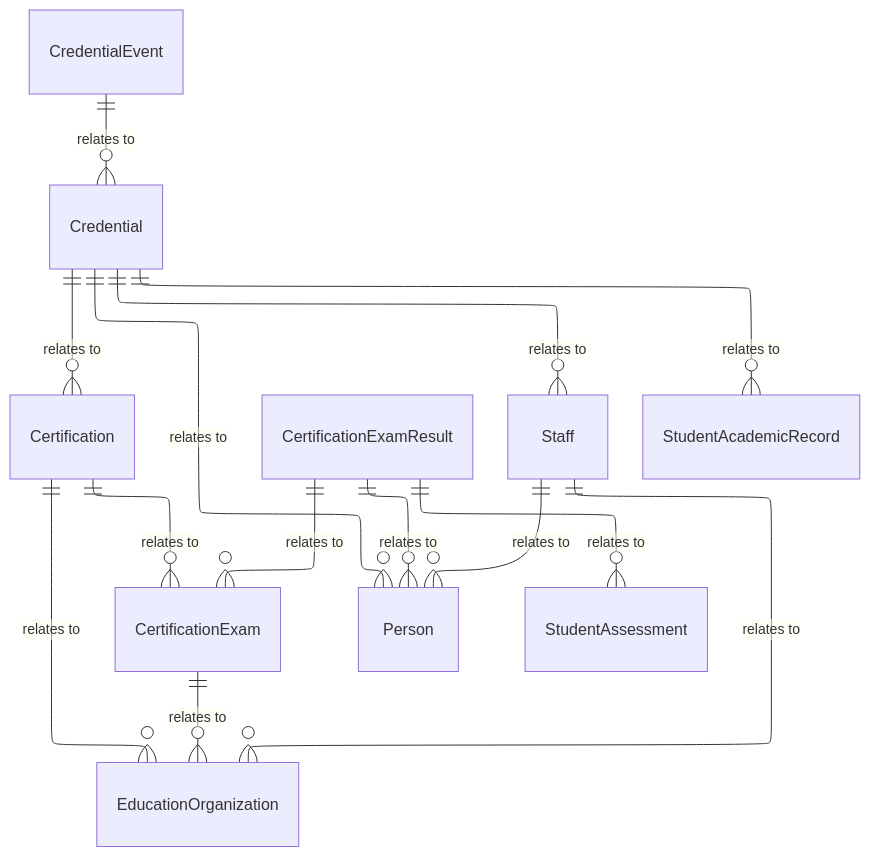
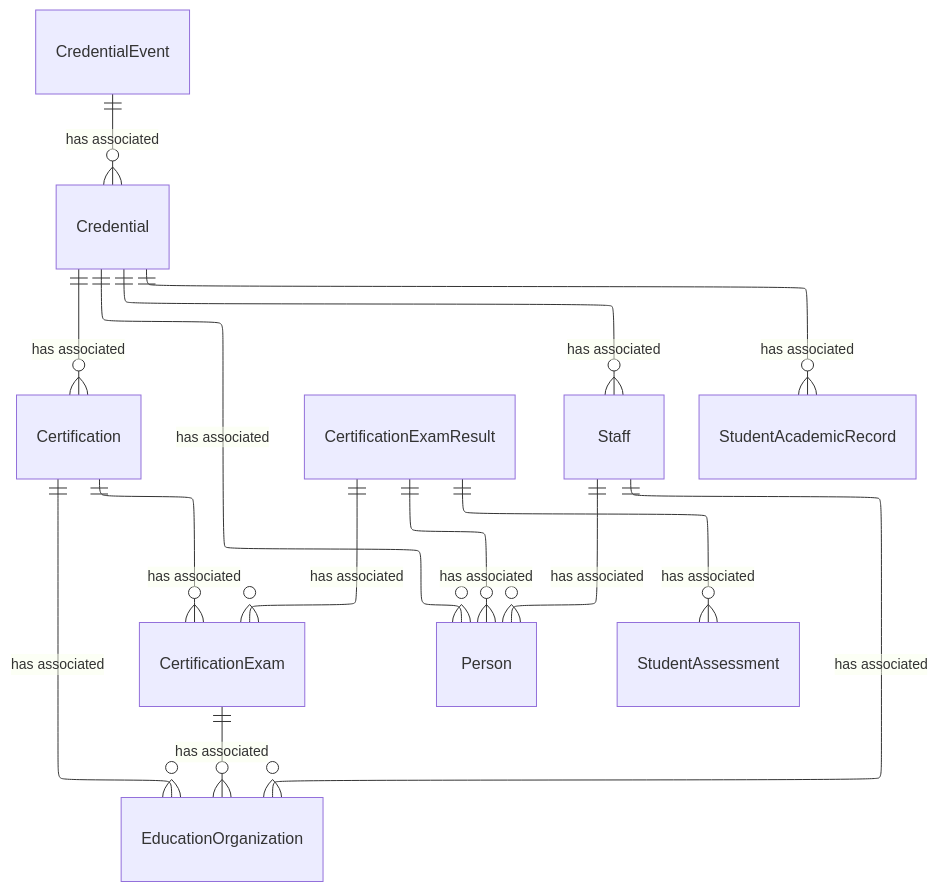
Before and after one commit to Ed-Fi-Alliance-OSS/ed-fi-alliance-oss.github.io: the diagram in dataStandard_versioned_docs/version-6/model-reference/credential-domain/model-diagrams.md, drawn with Mermaid. The commit also changed 24 other files, not shown here.

````diff
--- a/dataStandard_versioned_docs/version-6/model-reference/credential-domain/model-diagrams.md
+++ b/dataStandard_versioned_docs/version-6/model-reference/credential-domain/model-diagrams.md
@@ -10,40 +10,40 @@
 ```mermaid
 ---
 config:
   layout: elk
 ---
 erDiagram
     Credential {
     }
     CredentialEvent {
     }
     Certification {
     }
     CertificationExam {
     }
     CertificationExamResult {
     }
     Person {
     }
     Staff {
     }
     StudentAcademicRecord {
     }
     EducationOrganization {
     }
     StudentAssessment {
     }
-    Staff ||--o{ Person : "relates to"
-    Staff ||--o{ EducationOrganization : "relates to"
-    Credential ||--o{ Staff : "relates to"
-    Credential ||--o{ Person : "relates to"
-    Credential ||--o{ Certification : "relates to"
-    Credential ||--o{ StudentAcademicRecord : "relates to"
-    CredentialEvent ||--o{ Credential : "relates to"
-    Certification ||--o{ CertificationExam : "relates to"
-    Certification ||--o{ EducationOrganization : "relates to"
-    CertificationExam ||--o{ EducationOrganization : "relates to"
-    CertificationExamResult ||--o{ CertificationExam : "relates to"
-    CertificationExamResult ||--o{ Person : "relates to"
-    CertificationExamResult ||--o{ StudentAssessment : "relates to"
+    Staff ||--o{ Person : "has associated"
+    Staff ||--o{ EducationOrganization : "has associated"
+    Credential ||--o{ Staff : "has associated"
+    Credential ||--o{ Person : "has associated"
+    Credential ||--o{ Certification : "has associated"
+    Credential ||--o{ StudentAcademicRecord : "has associated"
+    CredentialEvent ||--o{ Credential : "has associated"
+    Certification ||--o{ CertificationExam : "has associated"
+    Certification ||--o{ EducationOrganization : "has associated"
+    CertificationExam ||--o{ EducationOrganization : "has associated"
+    CertificationExamResult ||--o{ CertificationExam : "has associated"
+    CertificationExamResult ||--o{ Person : "has associated"
+    CertificationExamResult ||--o{ StudentAssessment : "has associated"
 ```
````
